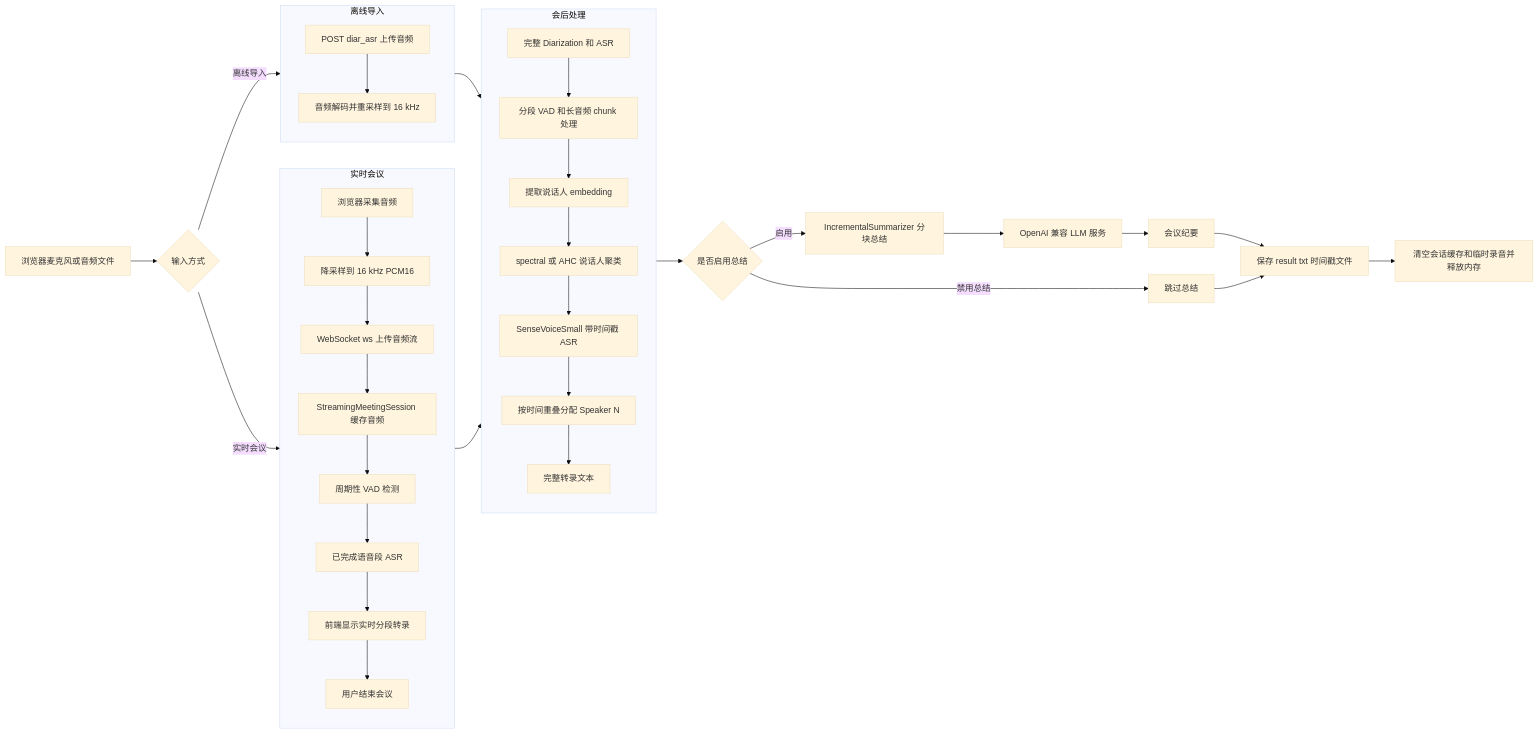
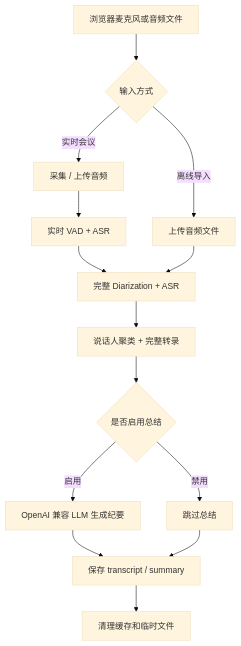
Before and after one commit to Nnow2024/awesome-docs: the diagram in source/06_solutions/office_interaction.md, drawn with Mermaid (base theme).

Commit message:
update figure

````diff
--- a/source/06_solutions/office_interaction.md
+++ b/source/06_solutions/office_interaction.md
@@ -55,45 +55,21 @@
 ```mermaid
-flowchart LR
+flowchart TB
     A["浏览器麦克风或音频文件"] --> B{"输入方式"}
 
-    subgraph RT["实时会议"]
-        direction TB
-        C["浏览器采集音频"] --> D["降采样到 16 kHz PCM16"]
-        D --> E["WebSocket ws 上传音频流"]
-        E --> F["StreamingMeetingSession 缓存音频"]
-        F --> G["周期性 VAD 检测"]
-        G --> H["已完成语音段 ASR"]
-        H --> I["前端显示实时分段转录"]
-        I --> J["用户结束会议"]
-    end
+    B -->|"实时会议"| C["采集 / 上传音频"]
+    B -->|"离线导入"| D["上传音频文件"]
 
-    subgraph OFF["离线导入"]
-        direction TB
-        K["POST diar_asr 上传音频"] --> L["音频解码并重采样到 16 kHz"]
-    end
+    C --> E["实时 VAD + ASR"]
+    E --> G["完整 Diarization + ASR"]
+    D --> G
 
-    B -->|"实时会议"| C
-    B -->|"离线导入"| K
+    G --> H["说话人聚类 + 完整转录"]
+    H --> I{"是否启用总结"}
 
-    J --> M["完整 Diarization 和 ASR"]
-    L --> M
+    I -->|"启用"| J["OpenAI 兼容 LLM 生成纪要"]
+    I -->|"禁用"| K["跳过总结"]
 
-    subgraph POST["会后处理"]
-        direction TB
-        M --> N["分段 VAD 和长音频 chunk 处理"]
-        N --> O["提取说话人 embedding"]
-        O --> P["spectral 或 AHC 说话人聚类"]
-        P --> Q["SenseVoiceSmall 带时间戳 ASR"]
-        Q --> R["按时间重叠分配 Speaker N"]
-        R --> S["完整转录文本"]
-    end
-
-    S --> T{"是否启用总结"}
-    T -->|"启用"| U["IncrementalSummarizer 分块总结"]
-    U --> V["OpenAI 兼容 LLM 服务"] --> W["会议纪要"]
-    T -->|"禁用总结"| X["跳过总结"]
-
-    W --> Y["保存 result txt 时间戳文件"]
-    X --> Y
-    Y --> Z["清空会话缓存和临时录音并释放内存"]
+    J --> L["保存 transcript / summary"]
+    K --> L
+    L --> M["清理缓存和临时文件"]
 ```
````
